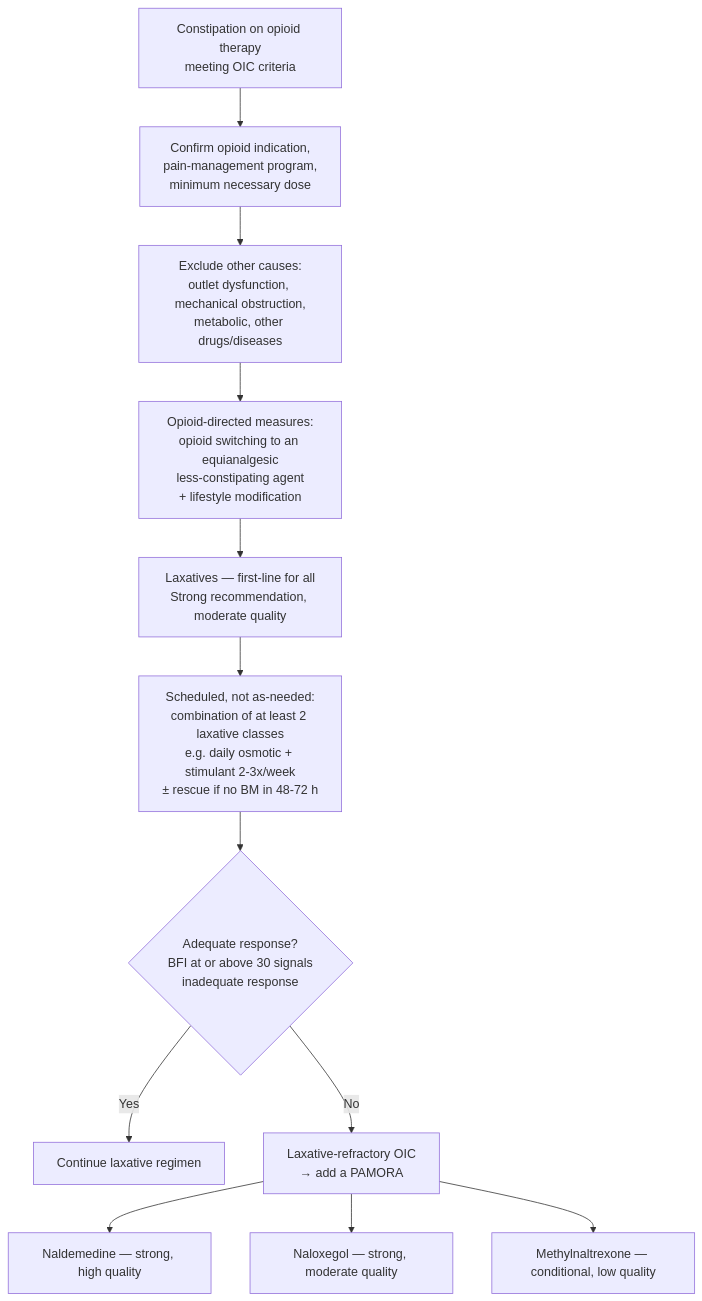
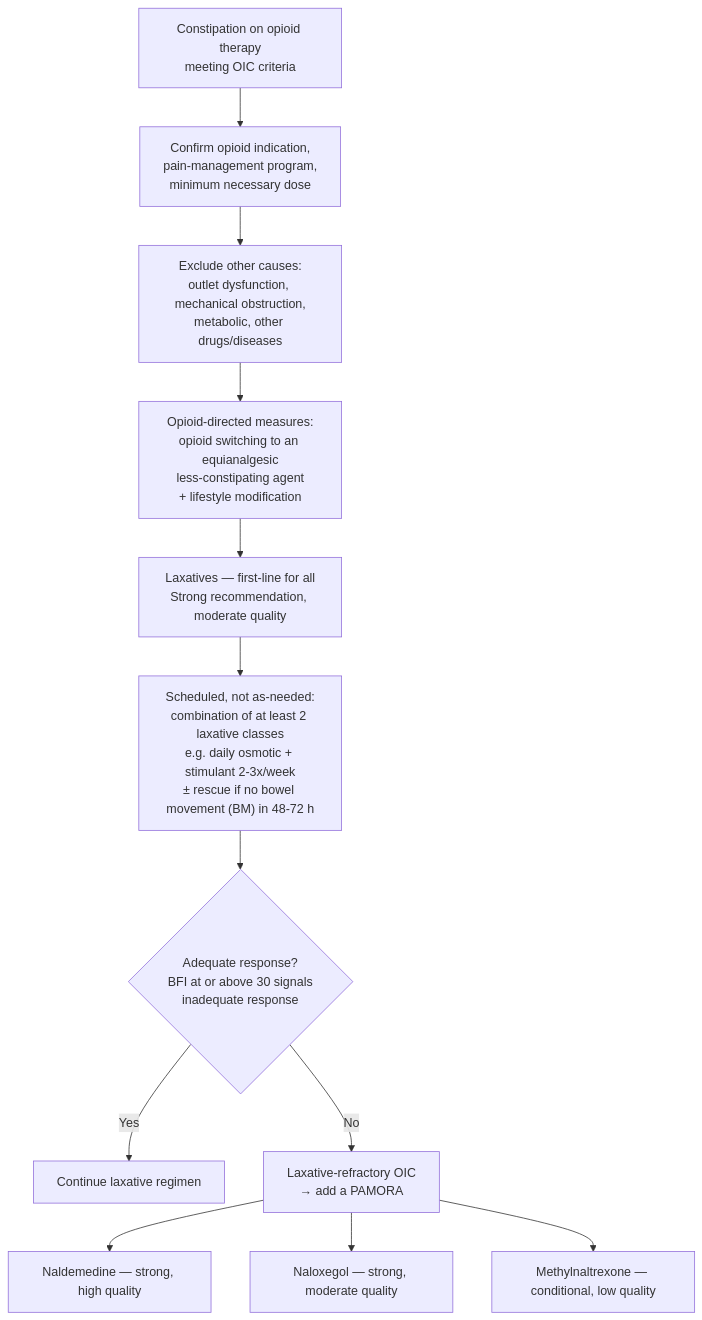
The diagram in KHNL-GI-Wiki/wiki/1-disease-scripts/colorectal-diseases/functional-motility/opioid-induced-constipation.md (KHNickLeMD/KHNL-GI-Wiki), drawn with Mermaid before and after one commit. The commit also changed other lines of this file and 620 other files, not shown here.

````diff
--- a/KHNL-GI-Wiki/wiki/1-disease-scripts/colorectal-diseases/functional-motility/opioid-induced-constipation.md
+++ b/KHNL-GI-Wiki/wiki/1-disease-scripts/colorectal-diseases/functional-motility/opioid-induced-constipation.md
@@ -105,14 +105,14 @@
 ```mermaid
 flowchart TD
     A["Constipation on opioid therapy<br/>meeting OIC criteria"] --> B["Confirm opioid indication,<br/>pain-management program,<br/>minimum necessary dose"]
     B --> C["Exclude other causes:<br/>outlet dysfunction, mechanical obstruction,<br/>metabolic, other drugs/diseases"]
     C --> D["Opioid-directed measures:<br/>opioid switching to an equianalgesic<br/>less-constipating agent<br/>+ lifestyle modification"]
     D --> E["Laxatives — first-line for all<br/>Strong recommendation, moderate quality"]
-    E --> F["Scheduled, not as-needed:<br/>combination of at least 2 laxative classes<br/>e.g. daily osmotic + stimulant 2-3x/week<br/>± rescue if no BM in 48-72 h"]
+    E --> F["Scheduled, not as-needed:<br/>combination of at least 2 laxative classes<br/>e.g. daily osmotic + stimulant 2-3x/week<br/>± rescue if no bowel movement (BM) in 48-72 h"]
     F --> G{"Adequate response?<br/>BFI at or above 30 signals<br/>inadequate response"}
     G -->|Yes| H["Continue laxative regimen"]
     G -->|No| I["Laxative-refractory OIC<br/>→ add a PAMORA"]
     I --> J["Naldemedine — strong, high quality"]
     I --> K["Naloxegol — strong, moderate quality"]
     I --> L["Methylnaltrexone — conditional, low quality"]
 ```
````
